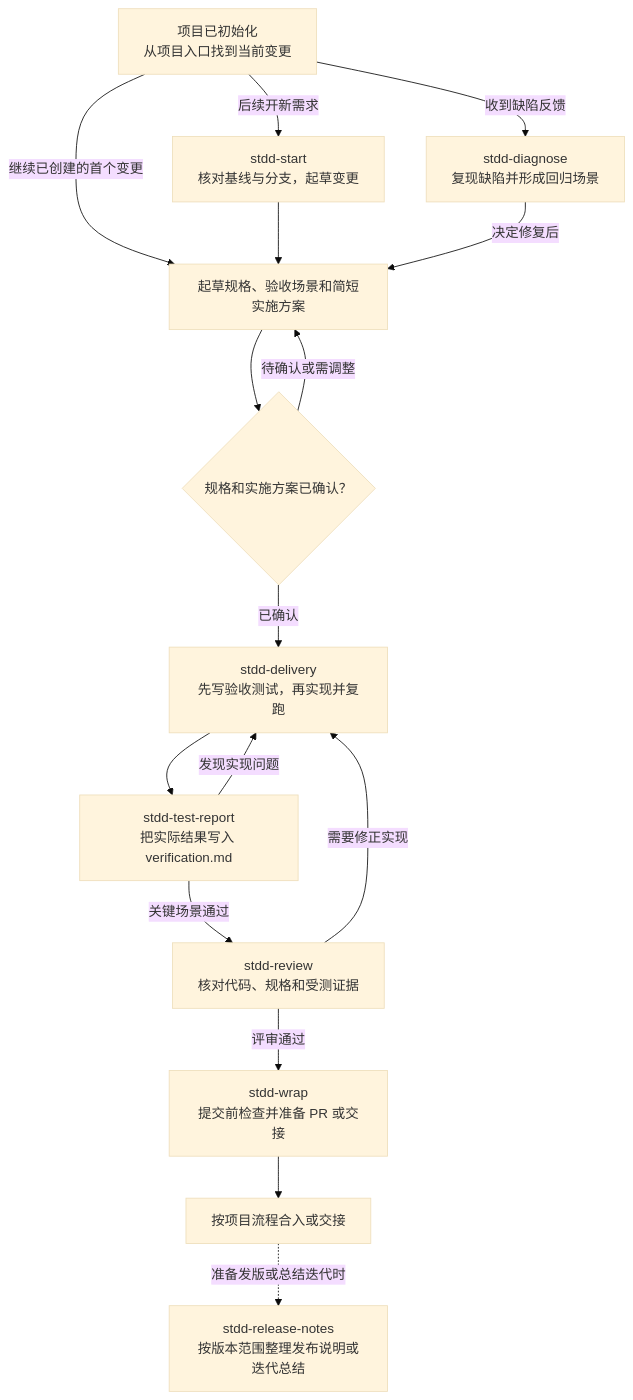
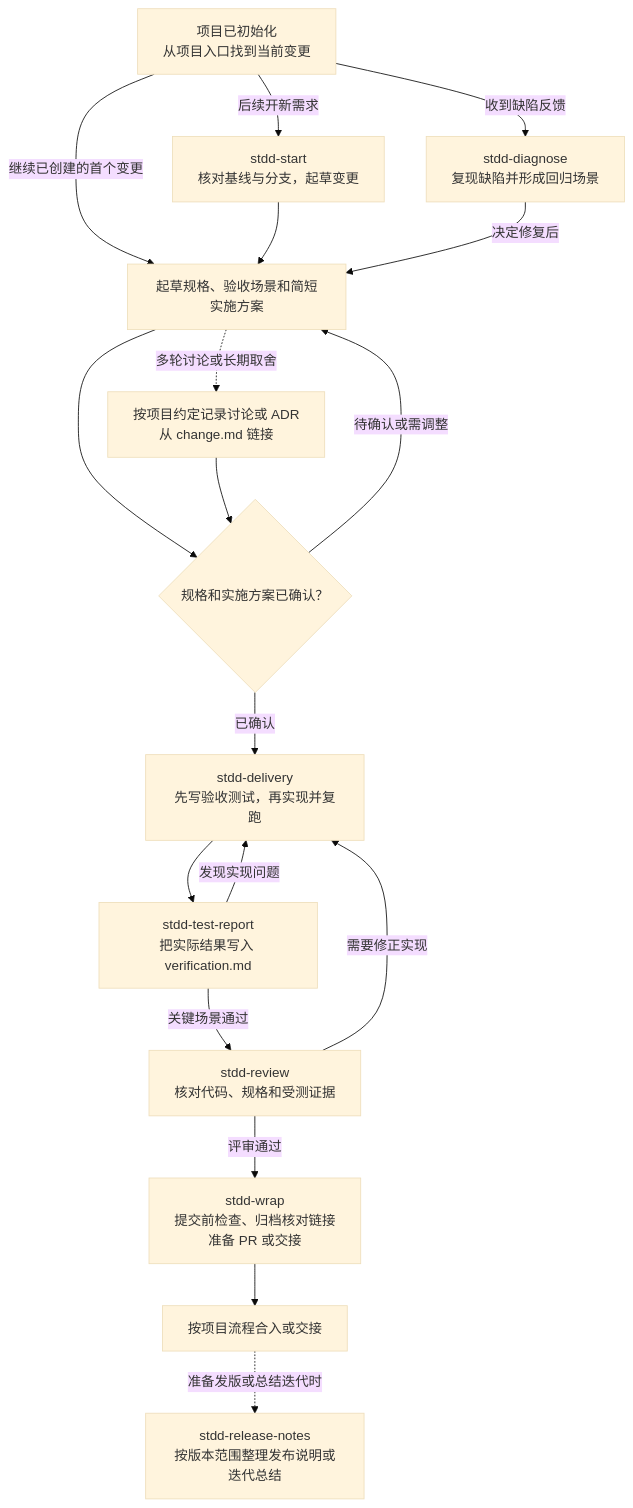
One commit to zhgqwx-del/stdd-sdd changed the diagram in STDD-SDD/.agents/skills/init-stdd/assets/team/docs/stdd/workflows.md. Above: the diagram before and after it, drawn with Mermaid (base theme). The commit also changed other lines of this file and 32 other files, not shown here.

Commit message:
Route STDD discussions and architecture decisions

````diff
--- a/STDD-SDD/.agents/skills/init-stdd/assets/team/docs/stdd/workflows.md
+++ b/STDD-SDD/.agents/skills/init-stdd/assets/team/docs/stdd/workflows.md
@@ -11,30 +11,33 @@
 ```mermaid
 flowchart TD
     Init["项目已初始化<br/>从项目入口找到当前变更"]
     Start["stdd-start<br/>核对基线与分支，起草变更"]
     Diagnose["stdd-diagnose<br/>复现缺陷并形成回归场景"]
     Spec["起草规格、验收场景和简短实施方案"]
+    Records["按项目约定记录讨论或 ADR<br/>从 change.md 链接"]
     Confirm{"规格和实施方案已确认？"}
     Delivery["stdd-delivery<br/>先写验收测试，再实现并复跑"]
     Report["stdd-test-report<br/>把实际结果写入 verification.md"]
     Review["stdd-review<br/>核对代码、规格和受测证据"]
-    Wrap["stdd-wrap<br/>提交前检查并准备 PR 或交接"]
+    Wrap["stdd-wrap<br/>提交前检查、归档核对链接<br/>准备 PR 或交接"]
     Done["按项目流程合入或交接"]
     Release["stdd-release-notes<br/>按版本范围整理发布说明或迭代总结"]
 
     Init -->|继续已创建的首个变更| Spec
     Init -->|后续开新需求| Start
     Init -->|收到缺陷反馈| Diagnose
     Start --> Spec
     Diagnose -->|决定修复后| Spec
     Spec --> Confirm
+    Spec -.->|多轮讨论或长期取舍| Records
+    Records --> Confirm
     Confirm -->|已确认| Delivery
     Confirm -->|待确认或需调整| Spec
     Delivery --> Report
     Report -->|关键场景通过| Review
     Report -->|发现实现问题| Delivery
     Review -->|需要修正实现| Delivery
     Review -->|评审通过| Wrap
     Wrap --> Done
     Done -.->|准备发版或总结迭代时| Release
 ```
````
